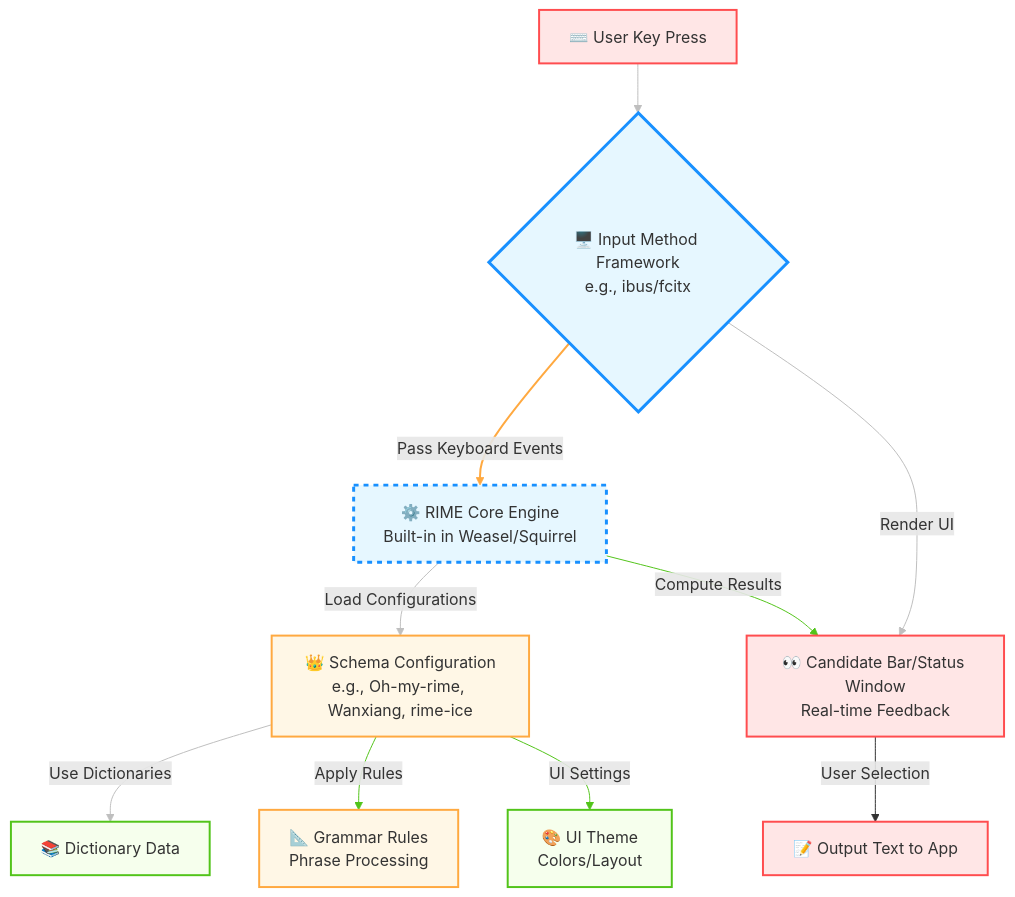
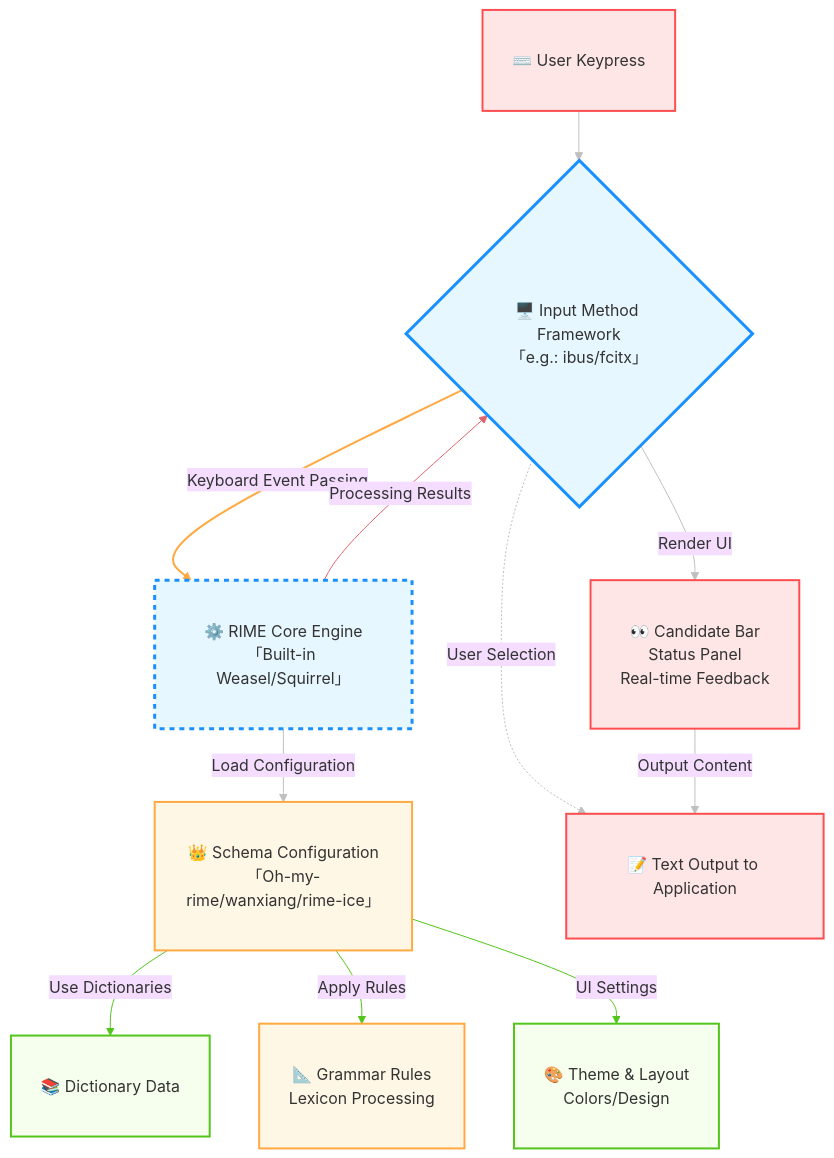
One commit to Mintimate/DocVitePressOMR changed the diagram in en/guide/index.md. Above: the diagram before and after it, drawn with Mermaid. The commit also changed 1 other file, not shown here.

Commit message:
feat: 优化RIME架构流程图样式及交互逻辑说明

````diff
--- a/en/guide/index.md
+++ b/en/guide/index.md
@@ -20,28 +20,31 @@
 ```mermaid
+%%{init: {'theme': 'base', 'themeVariables': { 'nodeBorder': '#888' }}}%%
 flowchart TD
-    A[⌨️ User Key Press] --> B{🖥️ Input Method Framework<br/>e.g., ibus/fcitx}
-    B -->|Pass Keyboard Events| C[⚙️ RIME Core Engine<br/>Built-in in Weasel/Squirrel]
-    C -->|Load Configurations| D[👑 Schema Configuration<br/>e.g., Oh-my-rime, Wanxiang, rime-ice]
+    A[⌨️ User Keypress] --> B{🖥️ Input Method Framework<br/>「e.g.: ibus/fcitx」}
+    B -->|Keyboard Event Passing| C[⚙️ RIME Core Engine<br/>「Built-in Weasel/Squirrel」 ]
+    C -->|Load Configuration| D[👑 Schema Configuration<br/>「Oh-my-rime/wanxiang/rime-ice」]
     D -->|Use Dictionaries| E[📚 Dictionary Data]
-    D -->|Apply Rules| F[📐 Grammar Rules<br/>Phrase Processing]
-    D -->|UI Settings| G[🎨 UI Theme<br/>Colors/Layout]
-    C -->|Compute Results| H[👀 Candidate Bar/Status Window<br/>Real-time Feedback]
-    B -->|Render UI| H
-    H -->|User Selection| I[📝 Output Text to App]
+    D -->|Apply Rules| F[📐 Grammar Rules</br/>Lexicon Processing]
+    D -->|UI Settings| G[🎨 Theme & Layout<br/>Colors/Design]
+    C -->|Processing Results| B 
+    B -->|Render UI| H[👀 Candidate Bar<br/>Status Panel<br/>Real-time Feedback]
+    B -.-> |User Selection| I[📝 Text Output to Application]
+    H -->|Output Content| I
 
-    classDef user fill:#ffe6e6,stroke:#ff4d4f,stroke-width:2px;
-    classDef engine fill:#e6f7ff,stroke:#1890ff,stroke-width:3px;
-    classDef config fill:#fff7e6,stroke:#ffa940,stroke-width:2px;
-    classDef data fill:#f6ffed,stroke:#52c41a,stroke-width:2px;
+    classDef user fill:#ffe6e6,stroke:#ff4d4f,stroke-width:2px,min-width:180px,min-height:40px,padding:10px;
+    classDef engine fill:#e6f7ff,stroke:#1890ff,stroke-width:3px,min-width:220px,min-height:60px,padding:12px;
+    classDef config fill:#fff7e6,stroke:#ffa940,stroke-width:2px,min-width:180px,min-height:60px,padding:10px;
+    classDef data fill:#f6ffed,stroke:#52c41a,stroke-width:2px,min-width:150px,min-height:50px,padding:10px;
     
     class A,I user;
     class B,C engine;
     class D,F config;
     class E,G data;
-    class H user; 
+    class H user;
 
-    style C stroke:#1890ff,stroke-width:3px,stroke-dasharray:5 5
+    style C stroke:#1890ff,stroke-width:3px,stroke-dasharray:5 5,min-height:60px
     linkStyle 1 stroke:#ffa940,stroke-width:2px
-    linkStyle 4,5,6 stroke:#52c41a
-    linkStyle 0,2,3,7 stroke:#bfbfbf
+    linkStyle 3,4,5 stroke:#52c41a
+    linkStyle 6 stroke:#E2626C
+    linkStyle 0,2,7,8,9 stroke:#bfbfbf
 ```
````
